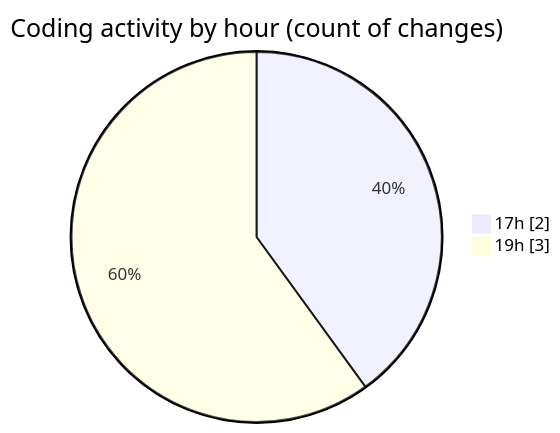
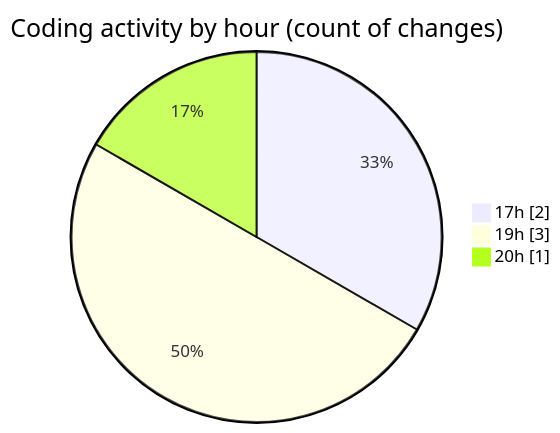
One commit to FelipKnott/code-tracking changed the second of 2 diagrams in 2025-08-15/alpha/README.md. Above: the diagram before and after it, drawn with Mermaid. The commit also changed other lines of this file and 1 other file, not shown here.

````diff
--- a/2025-08-15/alpha/README.md
+++ b/2025-08-15/alpha/README.md
@@ -30,6 +32,7 @@
 ```mermaid
 pie showData
 title Coding activity by hour (count of changes)
 "17h" : 2
 "19h" : 3
+"20h" : 1
 ```
````
